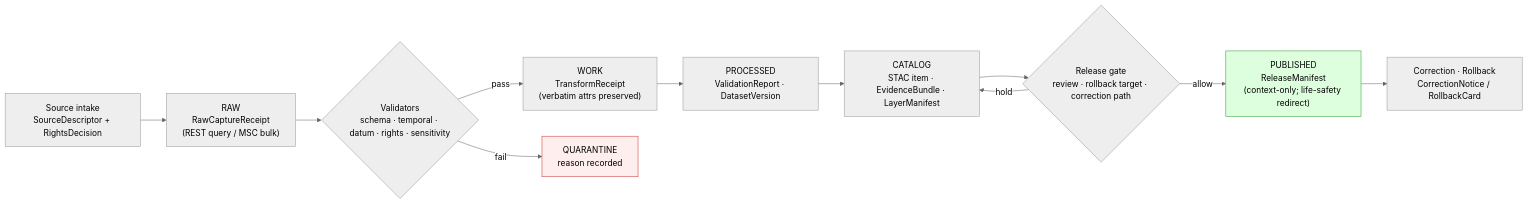
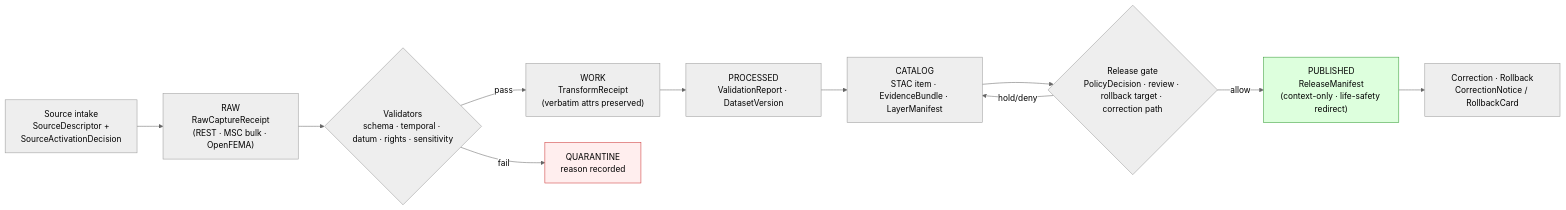
One commit to bartytime4life/Kansas-Frontier-Matrix changed the second of 4 diagrams in docs/sources/catalog/fema/README.md. Above: the diagram before and after it, drawn with Mermaid (neutral theme). The commit also changed other lines of this file, not shown here.

````diff
--- a/docs/sources/catalog/fema/README.md
+++ b/docs/sources/catalog/fema/README.md
@@ -309,16 +344,18 @@
 ```mermaid
 flowchart LR
-    A["Source intake<br/>SourceDescriptor + RightsDecision"] --> B["RAW<br/>RawCaptureReceipt<br/>(REST query / MSC bulk)"]
+    A["Source intake<br/>SourceDescriptor +<br/>SourceActivationDecision"] --> B["RAW<br/>RawCaptureReceipt<br/>(REST · MSC bulk · OpenFEMA)"]
     B --> C{"Validators<br/>schema · temporal · datum · rights · sensitivity"}
     C -- "pass" --> D["WORK<br/>TransformReceipt<br/>(verbatim attrs preserved)"]
     C -- "fail" --> Q["QUARANTINE<br/>reason recorded"]
     D --> E["PROCESSED<br/>ValidationReport · DatasetVersion"]
     E --> F["CATALOG<br/>STAC item · EvidenceBundle · LayerManifest"]
-    F --> G{"Release gate<br/>review · rollback target · correction path"}
-    G -- "allow" --> H["PUBLISHED<br/>ReleaseManifest<br/>(context-only; life-safety redirect)"]
-    G -- "hold" --> F
+    F --> G{"Release gate<br/>PolicyDecision · review · rollback target · correction path"}
+    G -- "allow" --> H["PUBLISHED<br/>ReleaseManifest<br/>(context-only · life-safety redirect)"]
+    G -- "hold/deny" --> F
     H --> R["Correction · Rollback<br/>CorrectionNotice / RollbackCard"]
 
-    style H fill:#dfd,stroke:#393
-    style Q fill:#fee,stroke:#c33
+    classDef pub fill:#dfd,stroke:#393
+    classDef quar fill:#fee,stroke:#c33
+    class H pub
+    class Q quar
 ```
````
